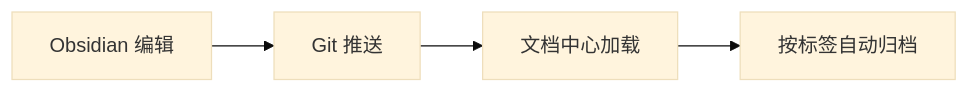
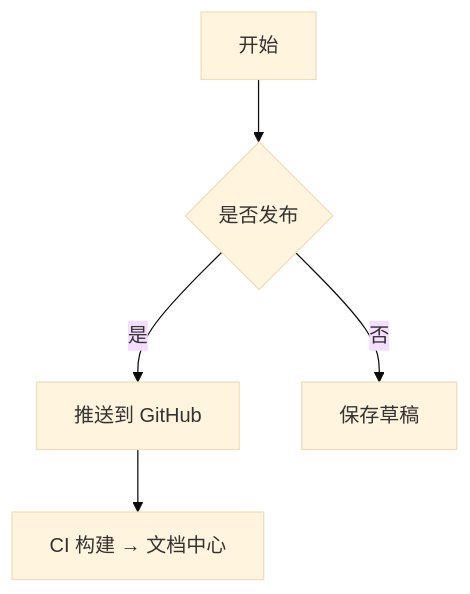
Before and after one commit to stan-fuls/stan-fuls.github.io: the diagram in docs/_templates/document.md, drawn with Mermaid (base theme). The commit also changed other lines of this file and 7 other files, not shown here.

````diff
--- a/docs/_templates/document.md
+++ b/docs/_templates/document.md
@@ -134,6 +81,7 @@
 ```mermaid
-flowchart LR
-    A[Obsidian 编辑] --> B[Git 推送]
-    B --> C[文档中心加载]
-    C --> D[按标签自动归档]
+graph TD
+  A[开始] --> B{是否发布}
+  B -->|是| C[推送到 GitHub]
+  B -->|否| D[保存草稿]
+  C --> E[CI 构建 → 文档中心]
 ```
````
